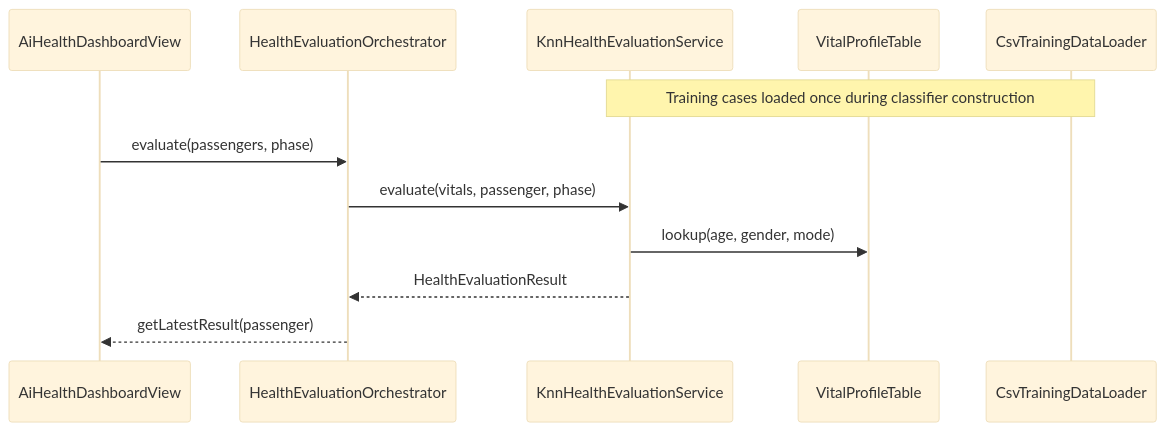
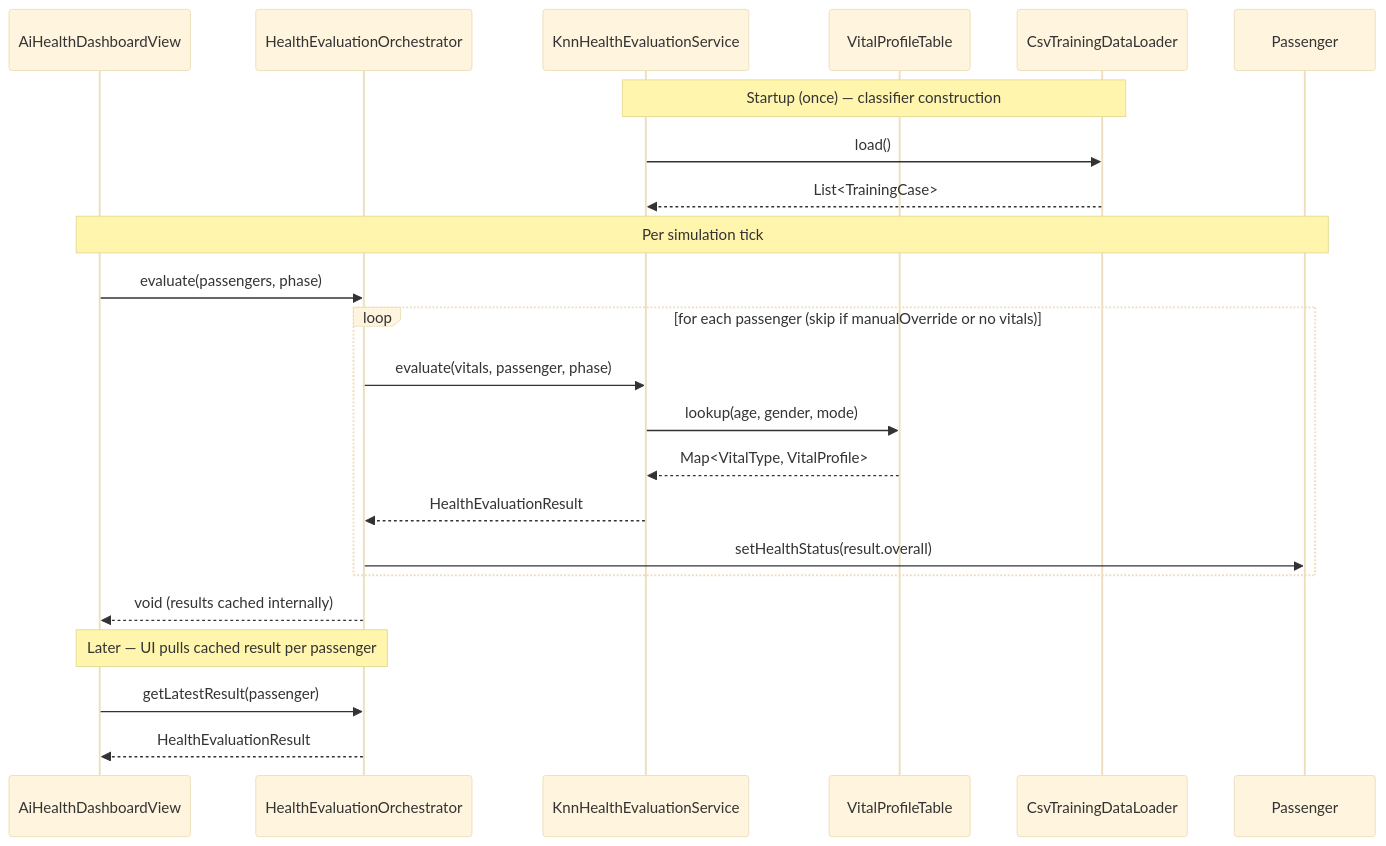
Before and after one commit to Louisbrk/ATdIT2: diagram 11 of 16 in docs/Technical_Documentation.md, drawn with Mermaid (base theme). The commit also changed other lines of this file, not shown here.

Commit message:
Adjustments in App and Health. Additionally added notes to different declarations

````diff
--- a/docs/Technical_Documentation.md
+++ b/docs/Technical_Documentation.md
@@ -1093,15 +1090,28 @@
 ```mermaid
 sequenceDiagram
     participant UI as AiHealthDashboardView
     participant Orch as HealthEvaluationOrchestrator
     participant Cls as KnnHealthEvaluationService
     participant Prof as VitalProfileTable
     participant Data as CsvTrainingDataLoader
+    participant P as Passenger
 
-    Note over Data,Cls: Training cases loaded once during classifier construction
+    Note over Cls,Data: Startup (once) — classifier construction
+    Cls->>Data: load()
+    Data-->>Cls: List<TrainingCase>
+
+    Note over UI,P: Per simulation tick
     UI->>Orch: evaluate(passengers, phase)
-    Orch->>Cls: evaluate(vitals, passenger, phase)
-    Cls->>Prof: lookup(age, gender, mode)
-    Cls-->>Orch: HealthEvaluationResult
-    Orch-->>UI: getLatestResult(passenger)
+    loop for each passenger (skip if manualOverride or no vitals)
+        Orch->>Cls: evaluate(vitals, passenger, phase)
+        Cls->>Prof: lookup(age, gender, mode)
+        Prof-->>Cls: Map<VitalType, VitalProfile>
+        Cls-->>Orch: HealthEvaluationResult
+        Orch->>P: setHealthStatus(result.overall)
+    end
+    Orch-->>UI: void (results cached internally)
+
+    Note over UI,Orch: Later — UI pulls cached result per passenger
+    UI->>Orch: getLatestResult(passenger)
+    Orch-->>UI: HealthEvaluationResult
 ```
````
